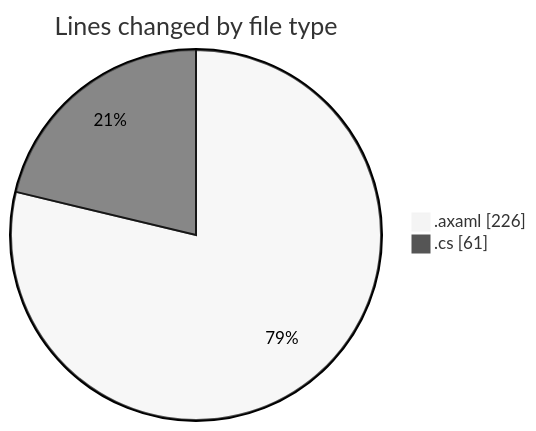
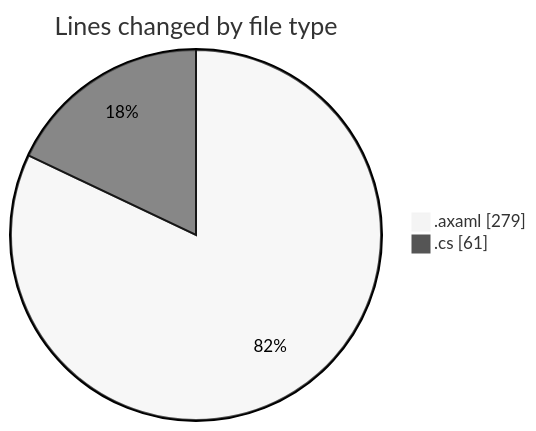
Before and after one commit to Netris89/code-tracking: the first of 2 diagrams in 2025-10-25/skintrack/README.md, drawn with Mermaid (neutral theme). The commit also changed other lines of this file and 1 other file, not shown here.

````diff
--- a/2025-10-25/skintrack/README.md
+++ b/2025-10-25/skintrack/README.md
@@ -24,6 +24,6 @@
 ```mermaid
 pie showData
 title Lines changed by file type
-".axaml" : 226
+".axaml" : 279
 ".cs" : 61
 ```
````
